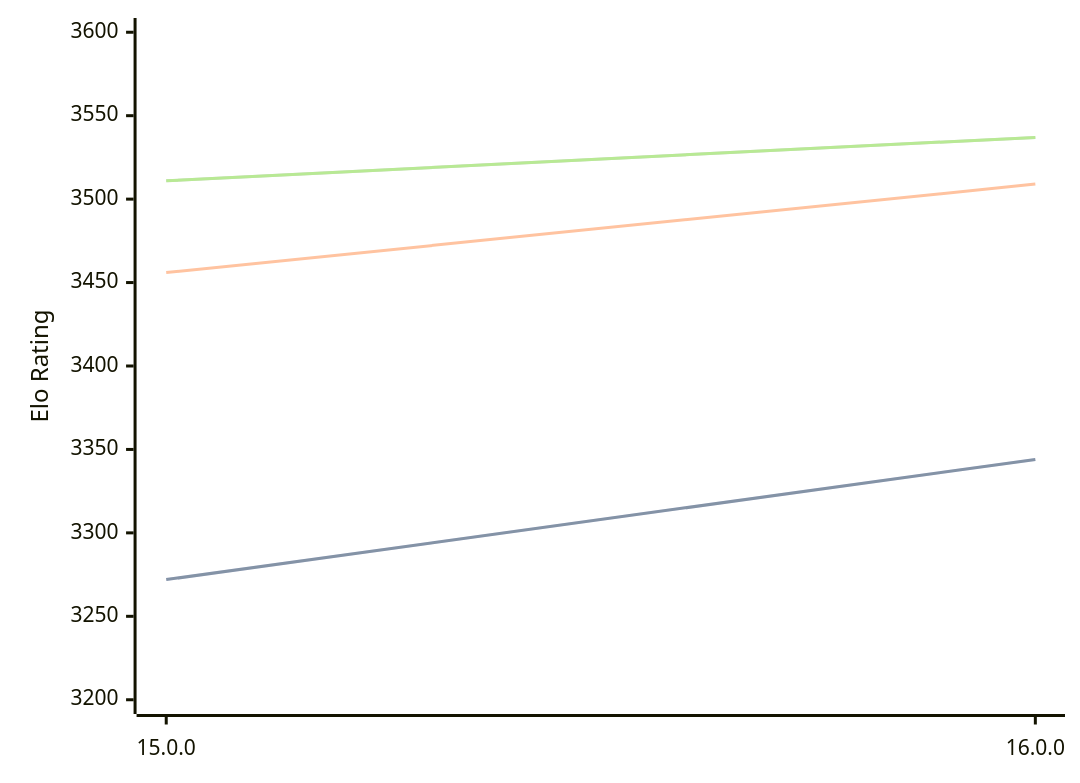
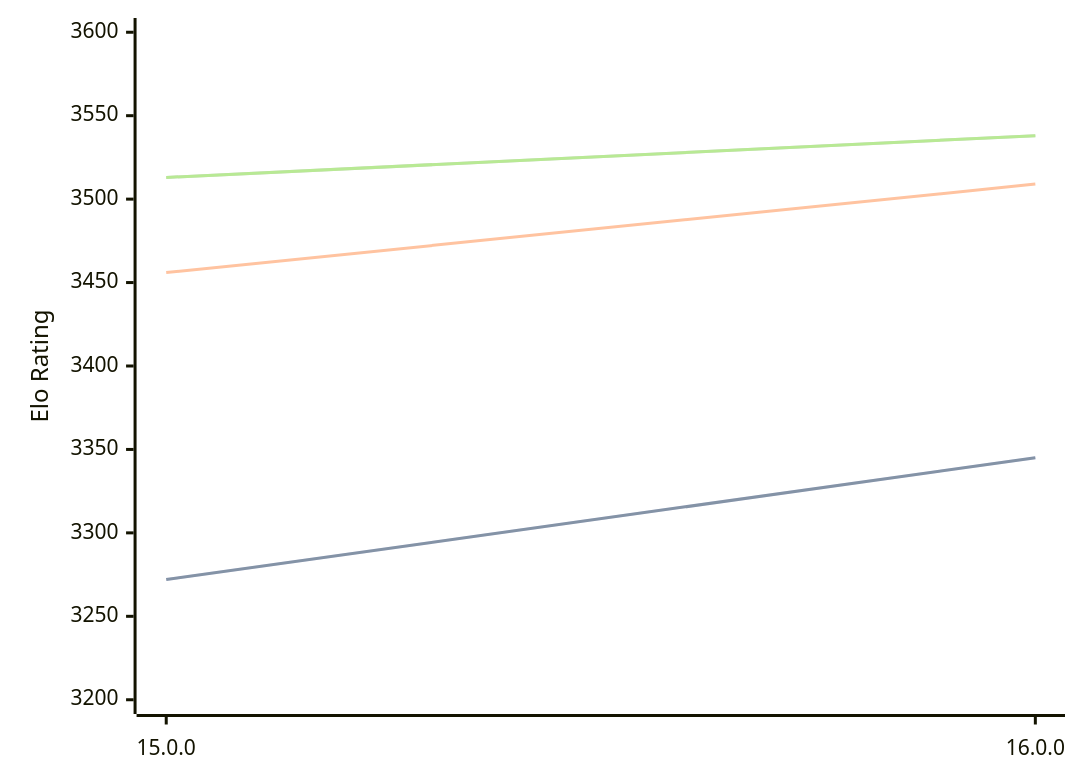
One commit to computer-chess-index/cci changed the first of 3 diagrams in engines/Halogen.md. Above: the diagram before and after it, drawn with Mermaid. The commit also changed other lines of this file, not shown here.

Commit message:
Update CCI Ratings (ELO VLTC) - 2026-07-17

````diff
--- a/engines/Halogen.md
+++ b/engines/Halogen.md
@@ -50,11 +50,11 @@
 ```mermaid
 %%{init: {"theme":"base","themeVariables":{"seriesColors:['#a3a3a3','#222221','#faa371']}}}%%
 xychart-beta
   x-axis ["15.0.0", "16.0.0"]
   y-axis "Elo Rating" 3200 --> 3600
-  line "STC (8.0+0.08s)" [3272, 3344]
-  line "STC (8.0+0.08s)" [3272, 3344]
+  line "STC (8.0+0.08s)" [3272, 3345]
+  line "STC (8.0+0.08s)" [3272, 3345]
   line "LTC (60.0+0.60s)" [3456, 3509]
-  line "VLTC (2m24s+1.12s)" [3511, 3537]
-  line "VLTC (2m24s+1.12s)" [3511, 3537]
+  line "VLTC (2m24s+1.12s)" [3513, 3538]
+  line "VLTC (2m24s+1.12s)" [3513, 3538]
 ```
````
